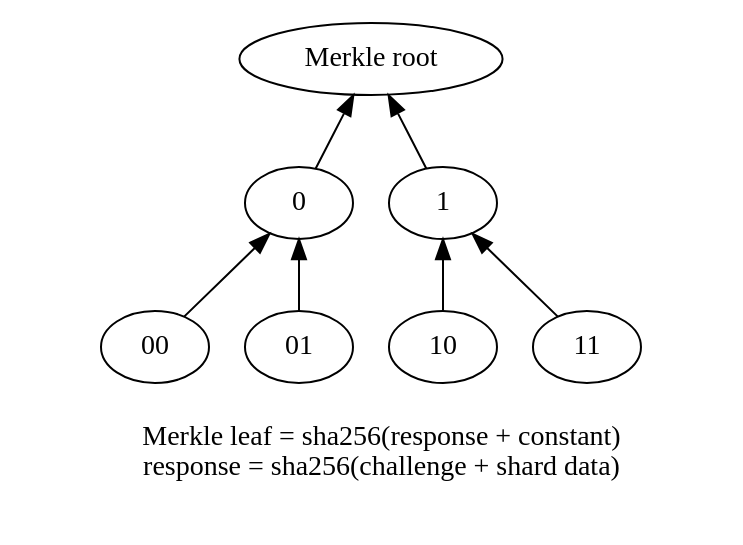
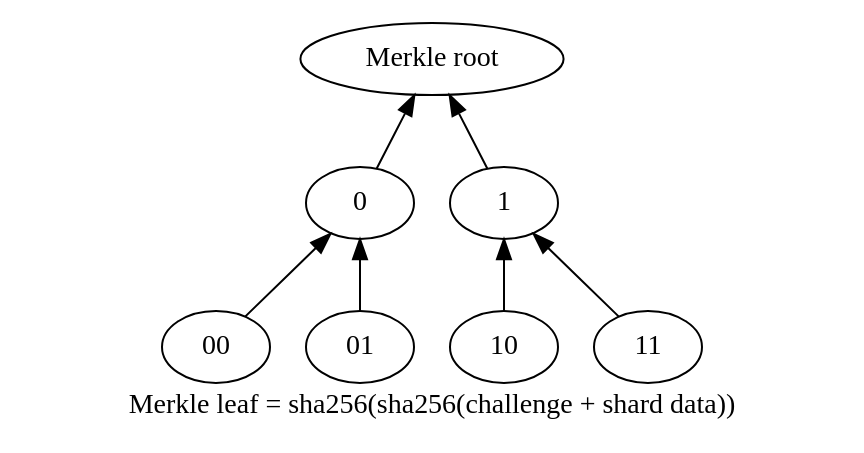
One commit to StorjOld/storjspec changed the diagram in storjterms/audit/scheme.dot. Above: the diagram before and after it, drawn with Graphviz. The commit also changed 2 other files, not shown here.

```diff
--- a/storjterms/audit/scheme.dot
+++ b/storjterms/audit/scheme.dot
@@ -1,20 +1,17 @@
 // syntax guide: http://www.graphviz.org/pdf/dotguide.pdf
 // compile png: `dot -Tpng scheme.dot -o scheme.png`
 // compile pdf: `dot -Tpdf scheme.dot -o scheme.pdf`
 
 
 digraph G {
-    label="
-    Merkle leaf = sha256(response + constant)
-    response = sha256(challenge + shard data)
-    "
+    label="Merkle leaf = sha256(sha256(challenge + shard data))"
 
     rankdir = BT;
 
     "00" -> 0;
     "01" -> 0;
     "10" -> 1;
     "11" -> 1;
     0 -> "Merkle root"
     1 -> "Merkle root"
 }
```
